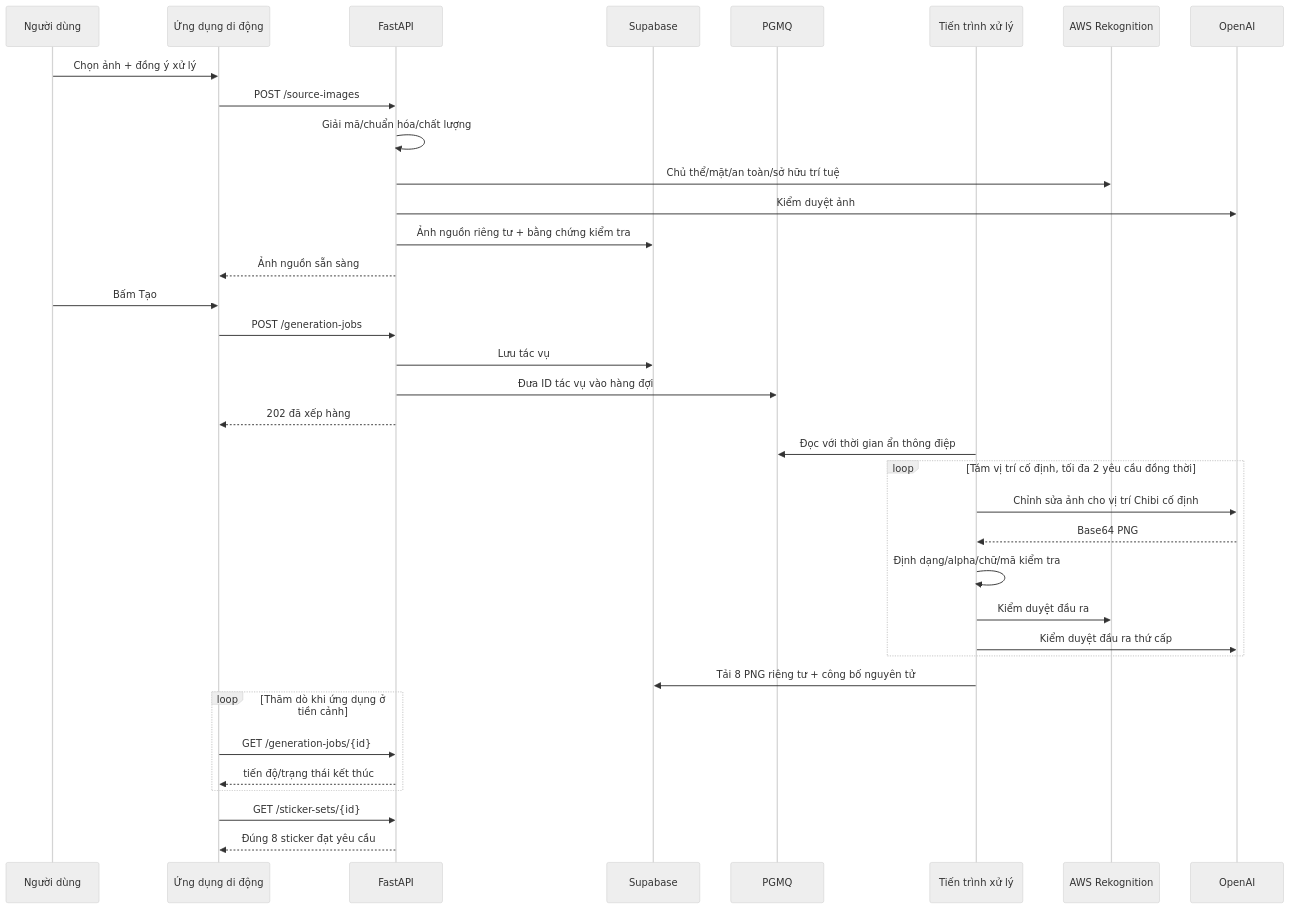
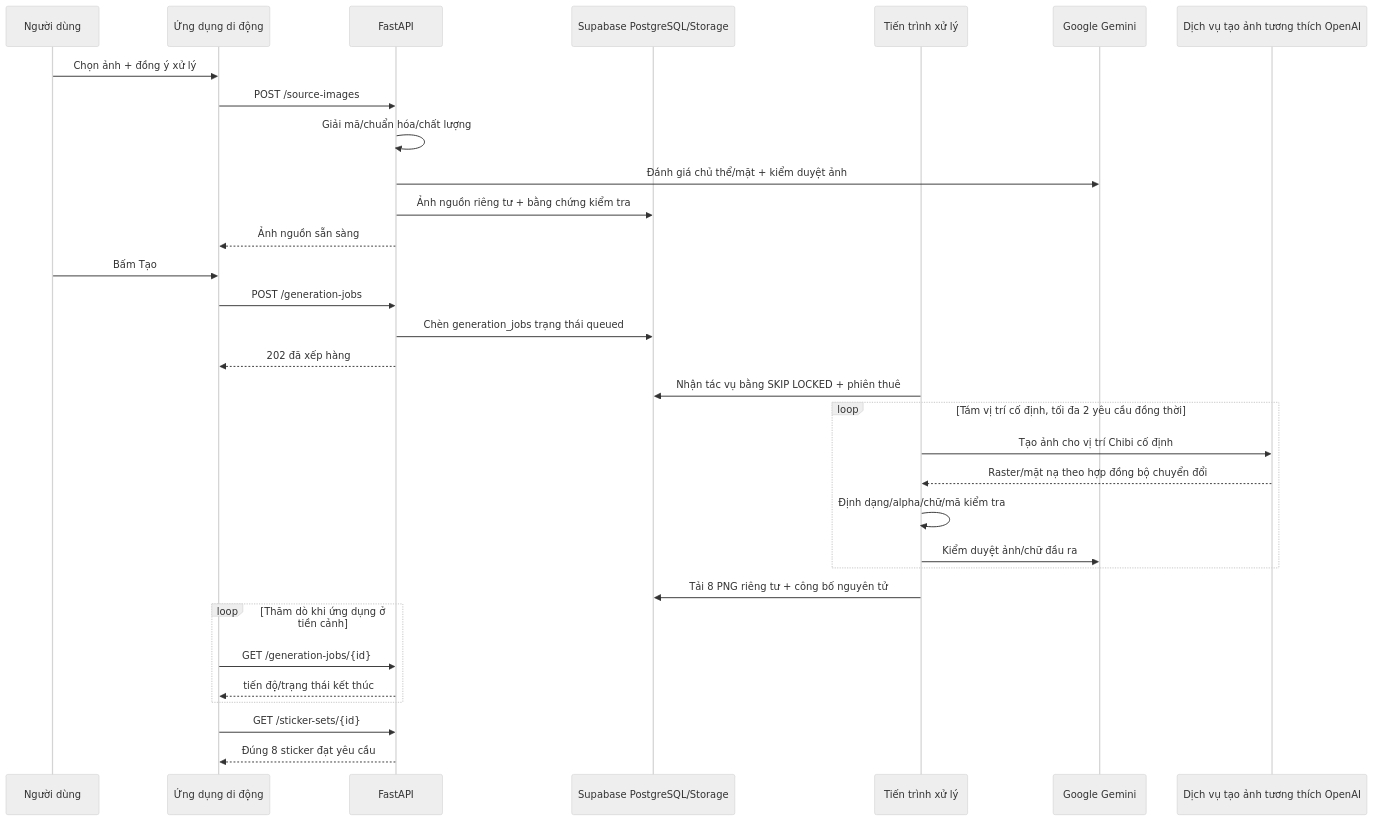
The diagram in docs/Software_Architecture_Technical_Design.md (dtkienIT/GenSticker), drawn with Mermaid (neutral theme) before and after one commit. The commit also changed other lines of this file and 4 other files, not shown here.

````diff
--- a/docs/Software_Architecture_Technical_Design.md
+++ b/docs/Software_Architecture_Technical_Design.md
@@ -269,39 +292,35 @@
 ```mermaid
 sequenceDiagram
     participant U as Người dùng
     participant M as Ứng dụng di động
     participant A as FastAPI
-    participant S as Supabase
-    participant Q as PGMQ
+    participant S as Supabase PostgreSQL/Storage
     participant W as Tiến trình xử lý
-    participant R as AWS Rekognition
-    participant O as OpenAI
+    participant G as Google Gemini
+    participant I as Dịch vụ tạo ảnh tương thích OpenAI
 
     U->>M: Chọn ảnh + đồng ý xử lý
     M->>A: POST /source-images
     A->>A: Giải mã/chuẩn hóa/chất lượng
-    A->>R: Chủ thể/mặt/an toàn/sở hữu trí tuệ
-    A->>O: Kiểm duyệt ảnh
+    A->>G: Đánh giá chủ thể/mặt + kiểm duyệt ảnh
     A->>S: Ảnh nguồn riêng tư + bằng chứng kiểm tra
     A-->>M: Ảnh nguồn sẵn sàng
     U->>M: Bấm Tạo
     M->>A: POST /generation-jobs
-    A->>S: Lưu tác vụ
-    A->>Q: Đưa ID tác vụ vào hàng đợi
+    A->>S: Chèn generation_jobs trạng thái queued
     A-->>M: 202 đã xếp hàng
-    W->>Q: Đọc với thời gian ẩn thông điệp
+    W->>S: Nhận tác vụ bằng SKIP LOCKED + phiên thuê
     loop Tám vị trí cố định, tối đa 2 yêu cầu đồng thời
-        W->>O: Chỉnh sửa ảnh cho vị trí Chibi cố định
-        O-->>W: Base64 PNG
+        W->>I: Tạo ảnh cho vị trí Chibi cố định
+        I-->>W: Raster/mặt nạ theo hợp đồng bộ chuyển đổi
         W->>W: Định dạng/alpha/chữ/mã kiểm tra
-        W->>R: Kiểm duyệt đầu ra
-        W->>O: Kiểm duyệt đầu ra thứ cấp
+        W->>G: Kiểm duyệt ảnh/chữ đầu ra
     end
     W->>S: Tải 8 PNG riêng tư + công bố nguyên tử
     loop Thăm dò khi ứng dụng ở tiền cảnh
         M->>A: GET /generation-jobs/{id}
         A-->>M: tiến độ/trạng thái kết thúc
     end
     M->>A: GET /sticker-sets/{id}
     A-->>M: Đúng 8 sticker đạt yêu cầu
 ```
````
